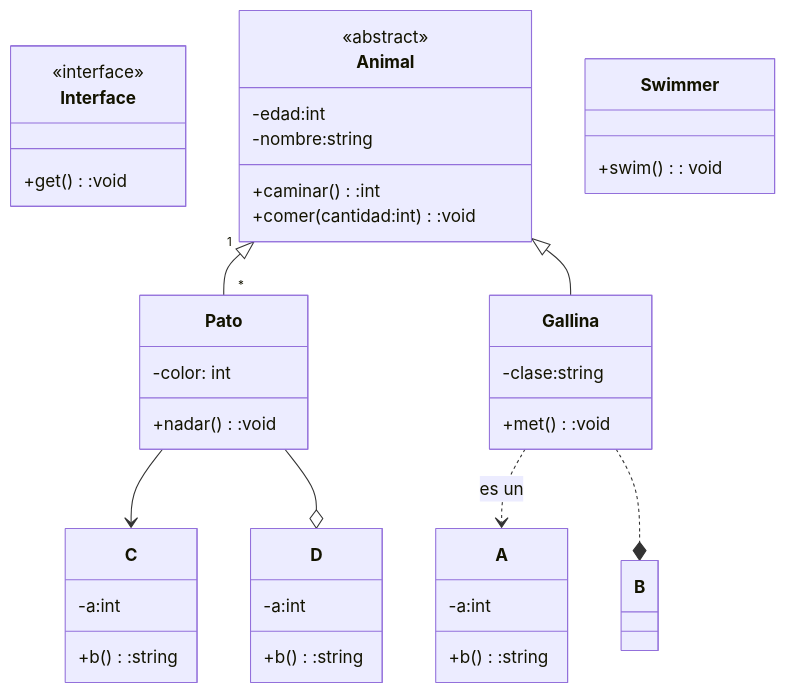
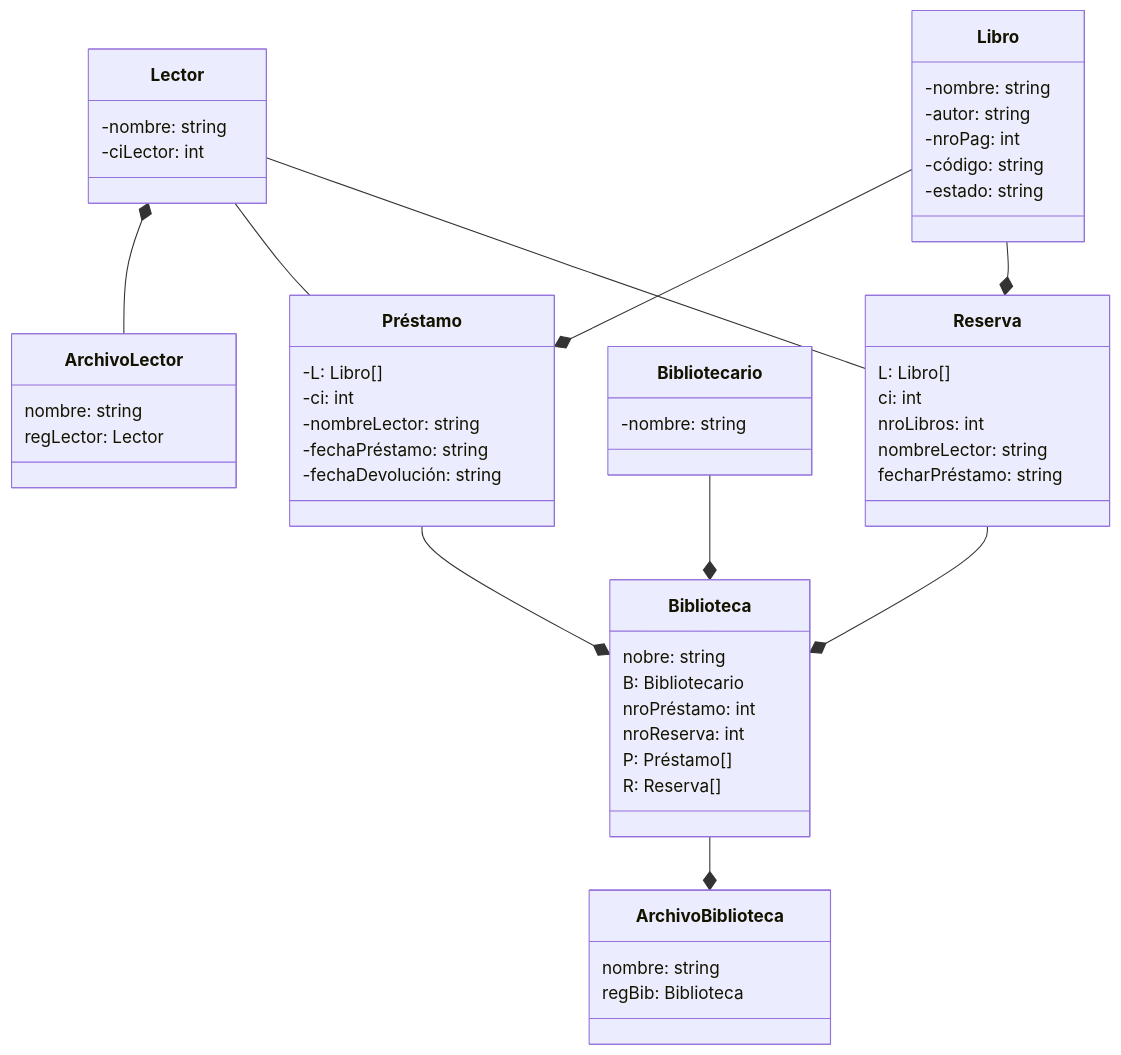
One commit to ealejor/PERSISTENCIA-JAVA changed the diagram in README.md. Above: the diagram before and after it, drawn with Mermaid. The commit also changed other lines of this file, not shown here.

````diff
--- a/README.md
+++ b/README.md
@@ -4,49 +9,57 @@
 ```mermaid
 classDiagram
-    class Interface{
-        <<interface>>
-        +get():void
+    class ArchivoLector {
+        nombre: string
+        regLector: Lector
     }
-    class Animal {
-        <<abstract>>
-        -edad:int
-        -nombre:string
-        +caminar():int
-        +comer(cantidad:int):void
+    class Lector {
+        -nombre: string
+        -ciLector: int
     }
-    
-    class Pato{
-        -color: int
-        +nadar():void
+    class Préstamo {
+        -L: Libro[]
+        -ci: int
+        -nombreLector: string
+        -fechaPréstamo: string
+        -fechaDevolución: string
     }
-    
-    class Gallina{
-        -clase:string
-        +met():void
+    class Bibliotecario {
+        -nombre: string
     }
-    
-    class A{
-        -a:int
-        +b():string
+    class Libro {
+        -nombre: string
+        -autor: string
+        -nroPag: int
+        -código: string
+        -estado: string
+    }
+    class Reserva {
+        L: Libro[]
+        ci: int
+        nroLibros: int
+        nombreLector: string
+        fecharPréstamo: string
+    }
+    class Biblioteca {
+        nobre: string
+        B: Bibliotecario
+        nroPréstamo: int
+        nroReserva: int
+        P: Préstamo[]
+        R: Reserva[]
+    }
+    class ArchivoBiblioteca {
+        nombre: string
+        regBib: Biblioteca
     }
 
-    class C{
-        -a:int
-        +b():string
-    }
-    class D{
-        -a:int
-        +b():string
-    }
-    
-    class Swimmer{
-        +swim(): void
-    }
-
-    Animal "1" <|-- "*" Pato
-    Animal <|-- Gallina
-    Gallina ..> A : es un
-    Gallina ..* B
-    Pato --> C
-    Pato --o D
+    Lector *-- ArchivoLector
+    Lector -- Préstamo
+    Libro --* Préstamo
+    Préstamo --* Biblioteca
+    Bibliotecario --* Biblioteca
+    Libro --* Reserva
+    Reserva --* Biblioteca
+    Biblioteca --* ArchivoBiblioteca
+    Lector -- Reserva
 ```
````
